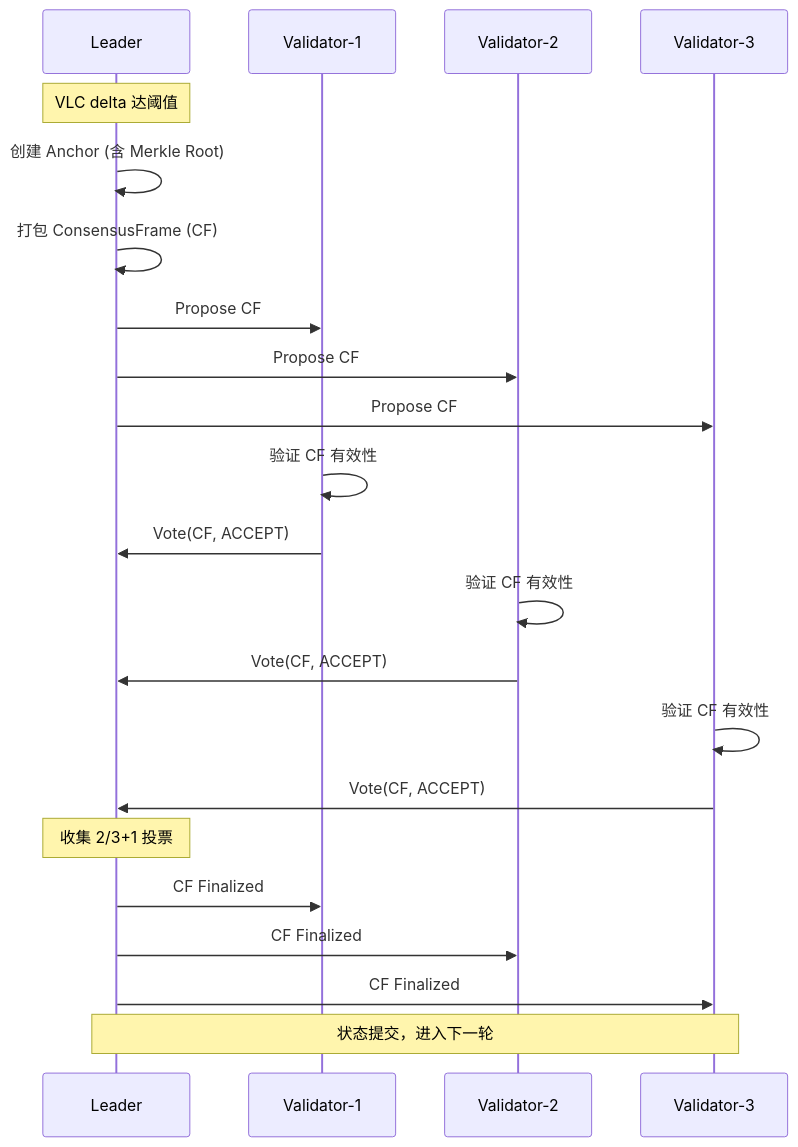
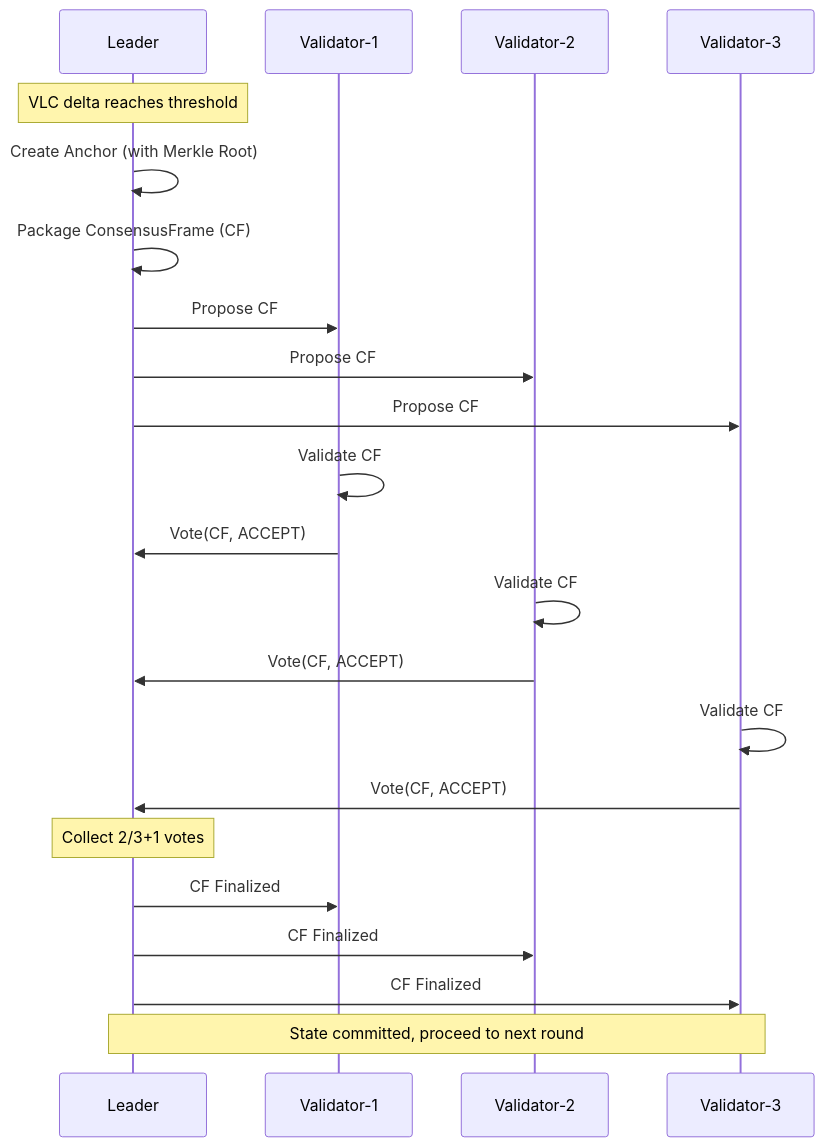
The diagram in 1-refactor-docs/setu/setu-architecture.md (loka-network/loka-p2p-lnd), drawn with Mermaid before and after one commit. The commit also changed other lines of this file and 12 other files, not shown here.

````diff
--- a/1-refactor-docs/setu/setu-architecture.md
+++ b/1-refactor-docs/setu/setu-architecture.md
@@ -324,31 +324,31 @@
 ```mermaid
 sequenceDiagram
     participant L as Leader
     participant V1 as Validator-1
     participant V2 as Validator-2
     participant V3 as Validator-3
 
-    Note over L: VLC delta 达阈值
-    L->>L: 创建 Anchor (含 Merkle Root)
-    L->>L: 打包 ConsensusFrame (CF)
+    Note over L: VLC delta reaches threshold
+    L->>L: Create Anchor (with Merkle Root)
+    L->>L: Package ConsensusFrame (CF)
 
     L->>V1: Propose CF
     L->>V2: Propose CF
     L->>V3: Propose CF
 
-    V1->>V1: 验证 CF 有效性
+    V1->>V1: Validate CF
     V1->>L: Vote(CF, ACCEPT)
 
-    V2->>V2: 验证 CF 有效性
+    V2->>V2: Validate CF
     V2->>L: Vote(CF, ACCEPT)
 
-    V3->>V3: 验证 CF 有效性
+    V3->>V3: Validate CF
     V3->>L: Vote(CF, ACCEPT)
 
-    Note over L: 收集 2/3+1 投票
+    Note over L: Collect 2/3+1 votes
     L->>V1: CF Finalized
     L->>V2: CF Finalized
     L->>V3: CF Finalized
 
-    Note over L,V3: 状态提交，进入下一轮
+    Note over L,V3: State committed, proceed to next round
 ```
````
